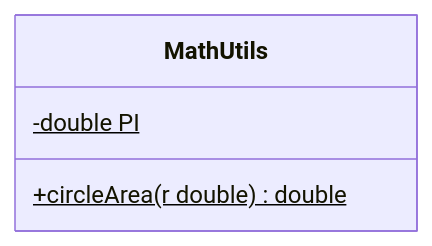
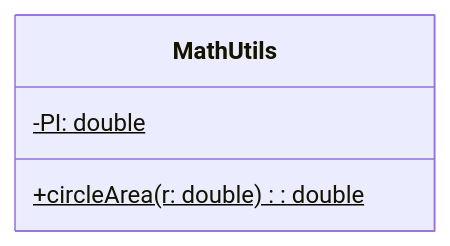
One commit to ProfesorPermuta/web-cd changed the second of 3 diagrams in src/pages/tema-3/d-atributos-y-metodos.md. Above: the diagram before and after it, drawn with Mermaid. The commit also changed other lines of this file and 6 other files, not shown here.

First line of the commit message:
Tema 3: guías de Mermaid y ejercicios de diseño sin código

````diff
--- a/src/pages/tema-3/d-atributos-y-metodos.md
+++ b/src/pages/tema-3/d-atributos-y-metodos.md
@@ -71,7 +97,7 @@
 ```mermaid
 classDiagram
     class MathUtils {
-        -double PI$
-        +circleArea(r double) double$
+        -PI: double$
+        +circleArea(r: double): double$
     }
 ```
````
